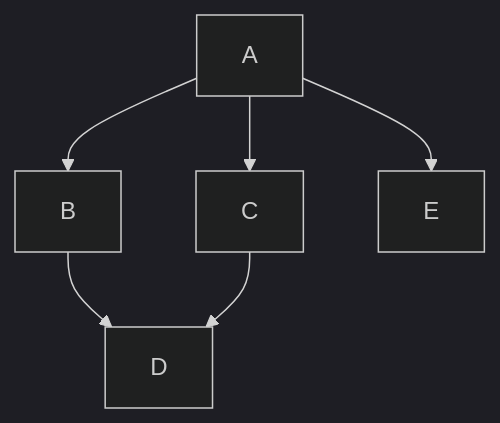
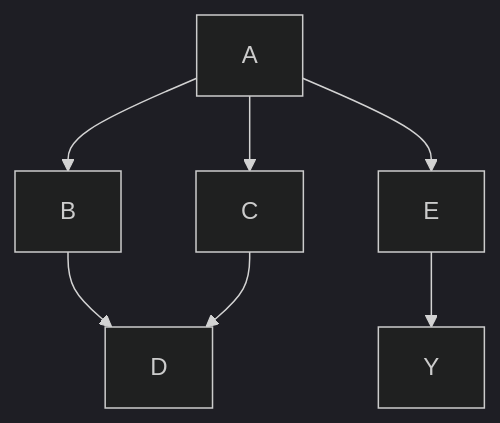
Before and after one commit to ccmas88/Hello-World: the diagram in README.md, drawn with Mermaid (dark theme).

````diff
--- a/README.md
+++ b/README.md
@@ -6,8 +6,8 @@
 ```mermaid
 graph TD;
     A-->B;
     A-->C;
-    A-->E;
+    A-->E-->Y;
     B-->D;
     C-->D;
 ```
````
